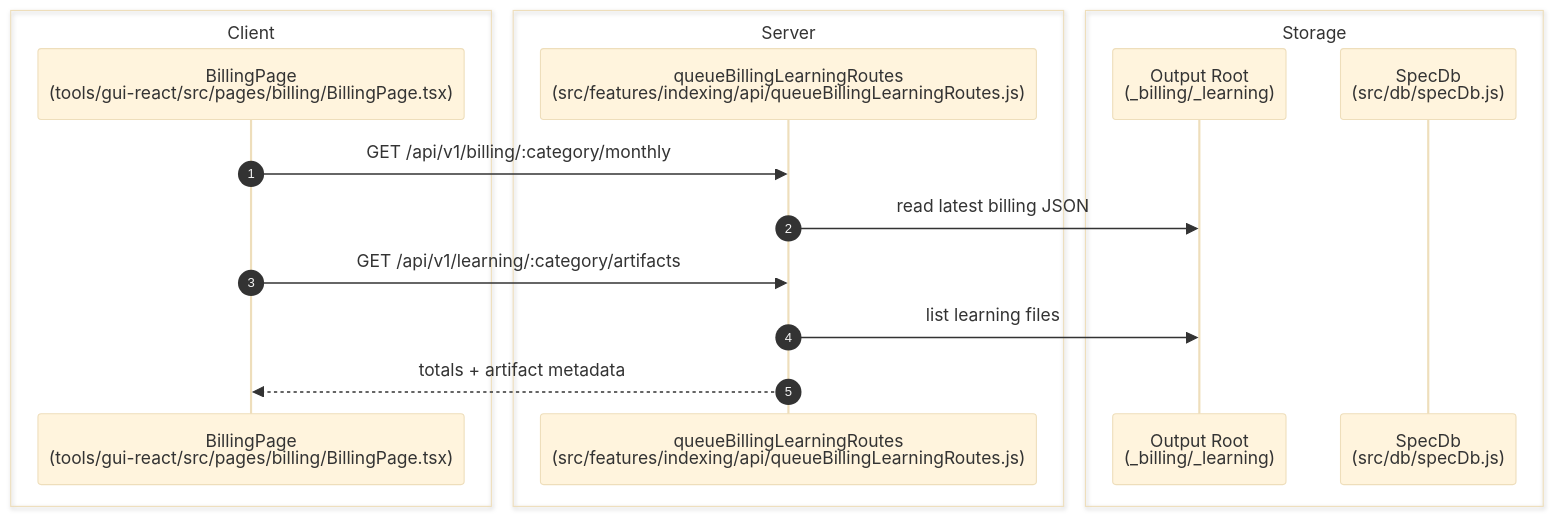
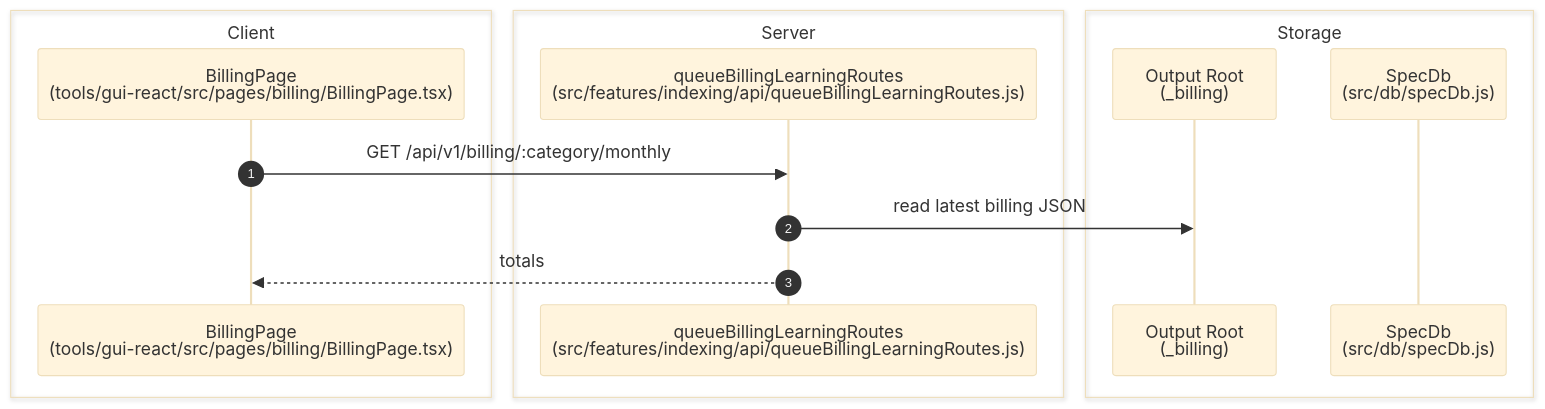
The diagram in docs/04-features/billing-and-learning.md (CdubVentures/Spec-Factory), drawn with Mermaid before and after one commit. The commit also changed other lines of this file and 165 other files, not shown here.

````diff
--- a/docs/04-features/billing-and-learning.md
+++ b/docs/04-features/billing-and-learning.md
@@ -51,20 +45,18 @@
 ```mermaid
 %%{init: {'theme': 'base', 'themeVariables': { 'fontSize': '20px', 'actorWidth': 250, 'actorMargin': 200, 'boxMargin': 20 }}}%%
 sequenceDiagram
   autonumber
   box Client
     participant BillingPage as BillingPage<br/>(tools/gui-react/src/pages/billing/BillingPage.tsx)
   end
   box Server
     participant Routes as queueBillingLearningRoutes<br/>(src/features/indexing/api/queueBillingLearningRoutes.js)
   end
   box Storage
-    participant Output as Output Root<br/>(_billing/_learning)
+    participant Output as Output Root<br/>(_billing)
     participant SpecDb as SpecDb<br/>(src/db/specDb.js)
   end
   BillingPage->>Routes: GET /api/v1/billing/:category/monthly
   Routes->>Output: read latest billing JSON
-  BillingPage->>Routes: GET /api/v1/learning/:category/artifacts
-  Routes->>Output: list learning files
-  Routes-->>BillingPage: totals + artifact metadata
+  Routes-->>BillingPage: totals
 ```
````
